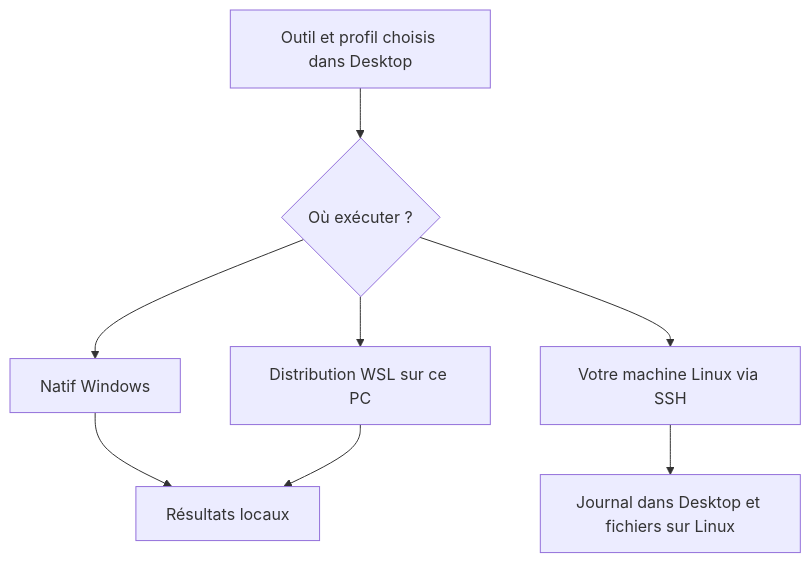
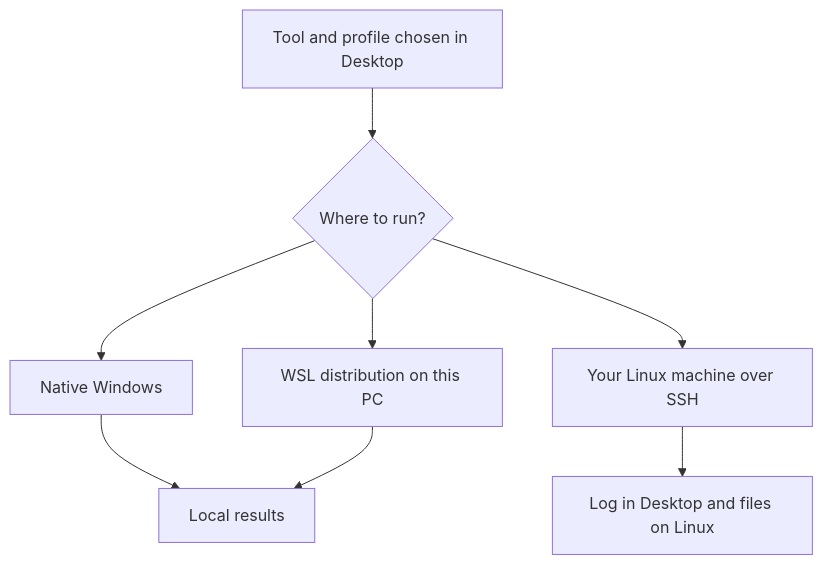
The diagram in README_WINDOWS.md (Chaos-Tic/Chaostic-Tool), drawn with Mermaid before and after one commit. The commit also changed other lines of this file and 50 other files, not shown here.

````diff
--- a/README_WINDOWS.md
+++ b/README_WINDOWS.md
@@ -244,10 +251,10 @@
 ```mermaid
 flowchart TD
-    A[Outil et profil choisis dans Desktop] --> B{Où exécuter ?}
-    B --> C[Natif Windows]
-    B --> D[Distribution WSL sur ce PC]
-    B --> E[Votre machine Linux via SSH]
-    C --> F[Résultats locaux]
+    A[Tool and profile chosen in Desktop] --> B{Where to run?}
+    B --> C[Native Windows]
+    B --> D[WSL distribution on this PC]
+    B --> E[Your Linux machine over SSH]
+    C --> F[Local results]
     D --> F
-    E --> G[Journal dans Desktop et fichiers sur Linux]
+    E --> G[Log in Desktop and files on Linux]
 ```
````
